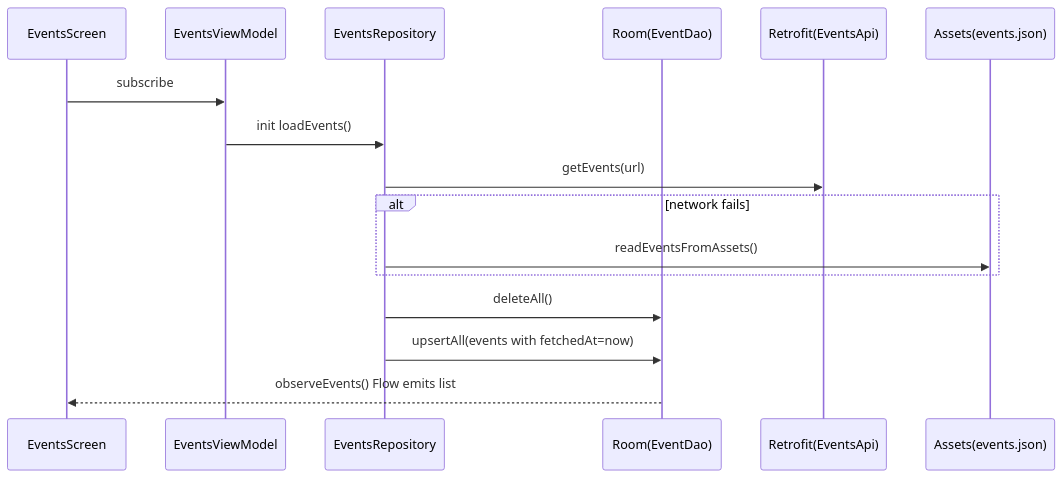
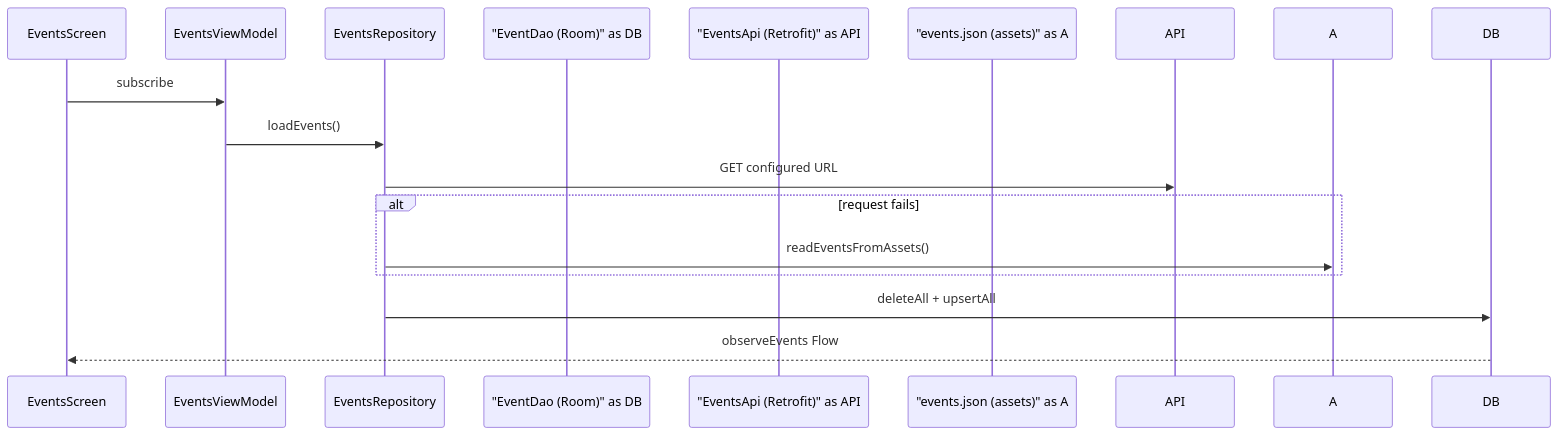
The second of 2 diagrams in README.md (Happymonk007/EventPlanner), drawn with Mermaid before and after one commit. The commit also changed other lines of this file and 2 other files, not shown here.

````diff
--- a/README.md
+++ b/README.md
@@ -93,19 +62,18 @@
 ```mermaid
 sequenceDiagram
   participant UI as EventsScreen
   participant VM as EventsViewModel
   participant Repo as EventsRepository
-  participant DB as Room(EventDao)
-  participant API as Retrofit(EventsApi)
-  participant A as Assets(events.json)
+  participant "EventDao (Room)" as DB
+  participant "EventsApi (Retrofit)" as API
+  participant "events.json (assets)" as A
 
   UI->>VM: subscribe
-  VM->>Repo: init loadEvents()
-  Repo->>API: getEvents(url)
-  alt network fails
+  VM->>Repo: loadEvents()
+  Repo->>API: GET configured URL
+  alt request fails
     Repo->>A: readEventsFromAssets()
   end
-  Repo->>DB: deleteAll()
-  Repo->>DB: upsertAll(events with fetchedAt=now)
-  DB-->>UI: observeEvents() Flow emits list
+  Repo->>DB: deleteAll + upsertAll
+  DB-->>UI: observeEvents Flow
 ```
````
